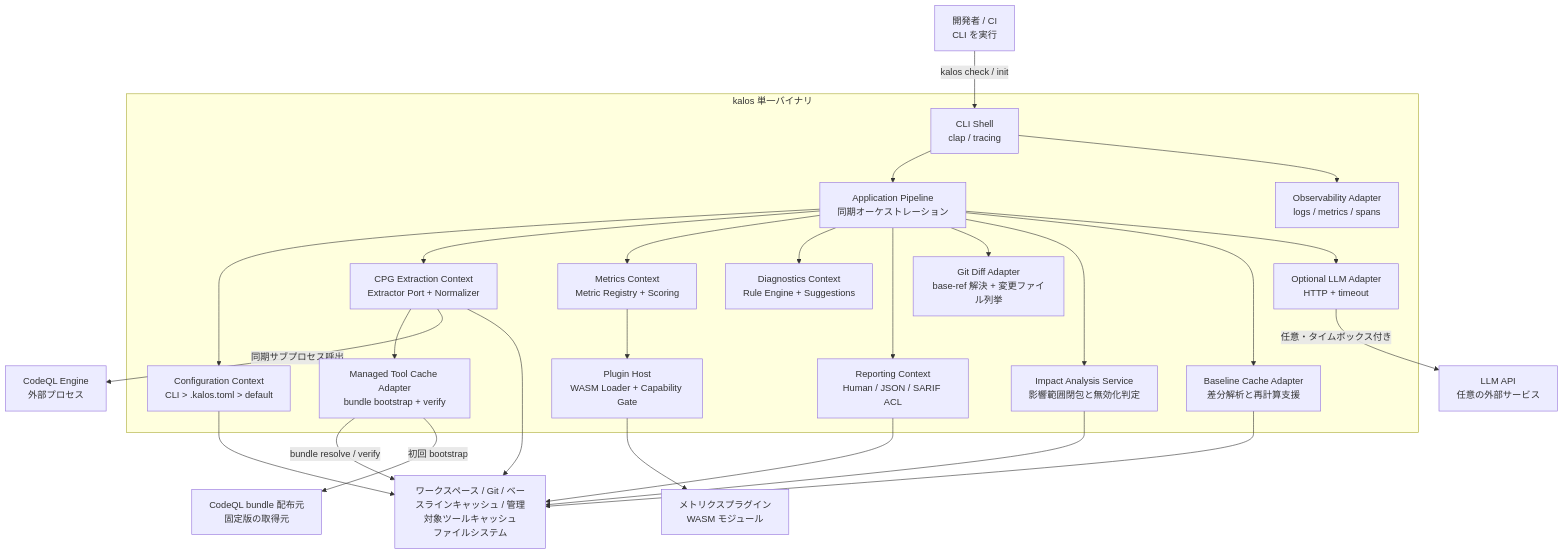
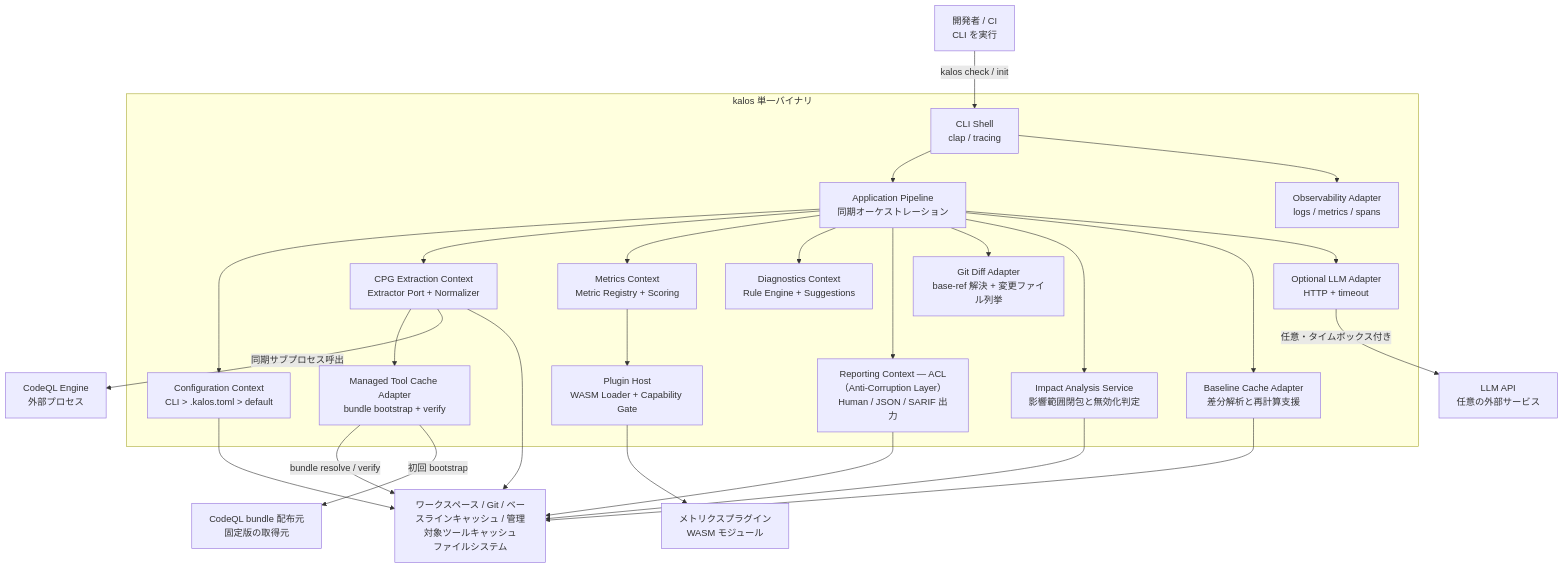
Before and after one commit to RK0429/kalos: the second of 4 diagrams in docs/architecture.md, drawn with Mermaid. The commit also changed other lines of this file and 8 other files, not shown here.

````diff
--- a/docs/architecture.md
+++ b/docs/architecture.md
@@ -97,51 +97,51 @@
 ```mermaid
 graph TB
     User[開発者 / CI<br>CLI を実行]
     BundleSource[CodeQL bundle 配布元<br>固定版の取得元]
     CodeQL[CodeQL Engine<br>外部プロセス]
     LLM[LLM API<br>任意の外部サービス]
     FS[ワークスペース / Git / ベースラインキャッシュ / 管理対象ツールキャッシュ<br>ファイルシステム]
     PluginPkg[メトリクスプラグイン<br>WASM モジュール]
 
     subgraph Kalos["kalos 単一バイナリ"]
         CLI[CLI Shell<br>clap / tracing]
         App[Application Pipeline<br>同期オーケストレーション]
         Config[Configuration Context<br>CLI > .kalos.toml > default]
         Cpg[CPG Extraction Context<br>Extractor Port + Normalizer]
         ToolCache[Managed Tool Cache Adapter<br>bundle bootstrap + verify]
         Metrics[Metrics Context<br>Metric Registry + Scoring]
         Diagnostics[Diagnostics Context<br>Rule Engine + Suggestions]
-        Report[Reporting Context<br>Human / JSON / SARIF ACL]
+        Report[Reporting Context — ACL（Anti-Corruption Layer）<br>Human / JSON / SARIF 出力]
         PluginHost[Plugin Host<br>WASM Loader + Capability Gate]
         Impact[Impact Analysis Service<br>影響範囲閉包と無効化判定]
         GIT[Git Diff Adapter<br>base-ref 解決 + 変更ファイル列挙]
         Cache[Baseline Cache Adapter<br>差分解析と再計算支援]
         LlmAdapter[Optional LLM Adapter<br>HTTP + timeout]
         Obs[Observability Adapter<br>logs / metrics / spans]
     end
 
     User -->|kalos check / init| CLI
     CLI --> App
     App --> Config
     App --> Cpg
     App --> Metrics
     App --> Diagnostics
     App --> Report
     App --> GIT
     App --> Impact
     App --> Cache
     App --> LlmAdapter
     CLI --> Obs
     Metrics --> PluginHost
     Cpg --> ToolCache
     Cpg -->|同期サブプロセス呼出| CodeQL
     ToolCache -->|bundle resolve / verify| FS
     ToolCache -->|初回 bootstrap| BundleSource
     LlmAdapter -->|任意・タイムボックス付き| LLM
     PluginHost --> PluginPkg
     Cpg --> FS
     Config --> FS
     Impact --> FS
     Cache --> FS
     Report --> FS
 ```
````
